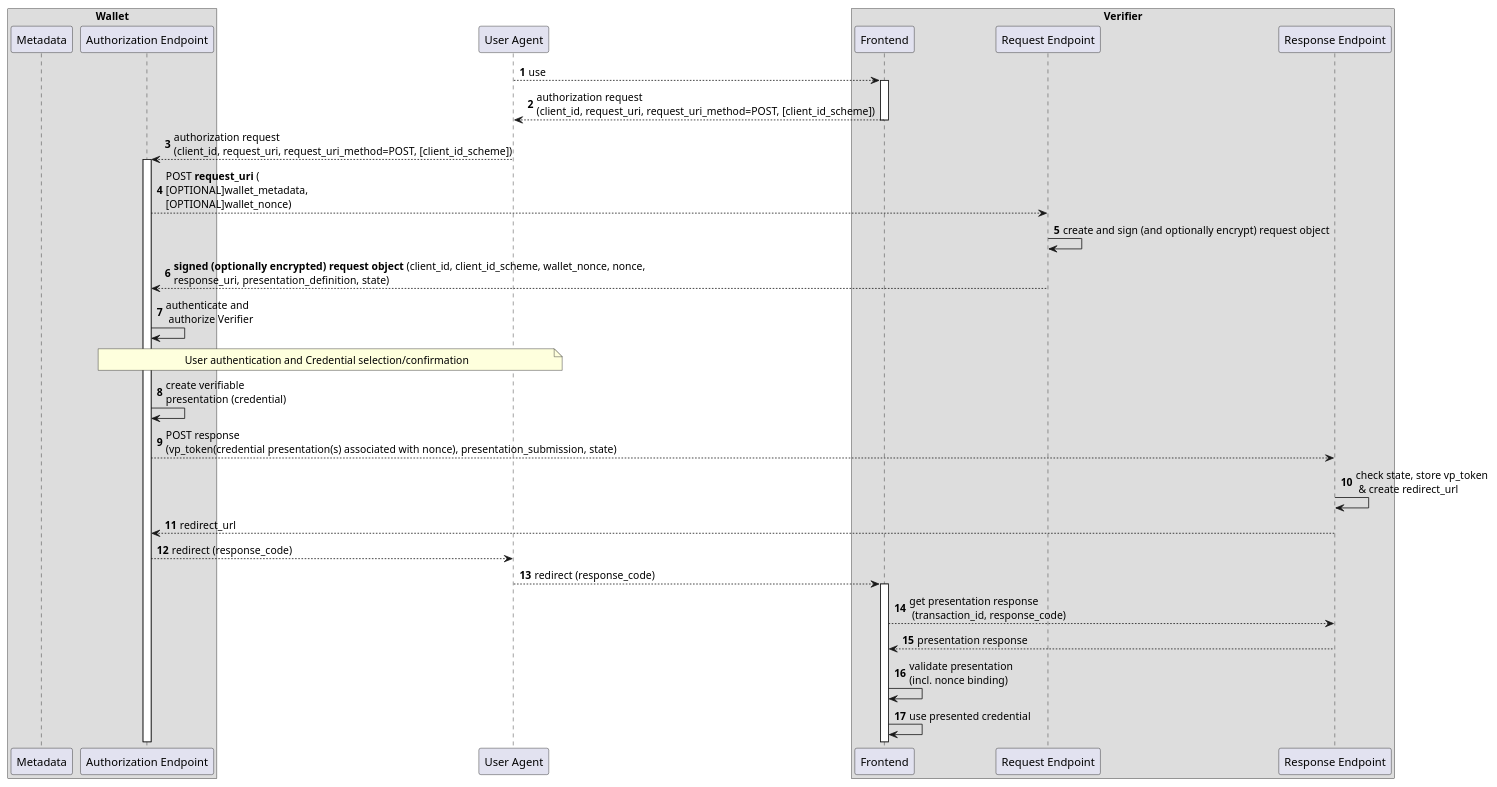
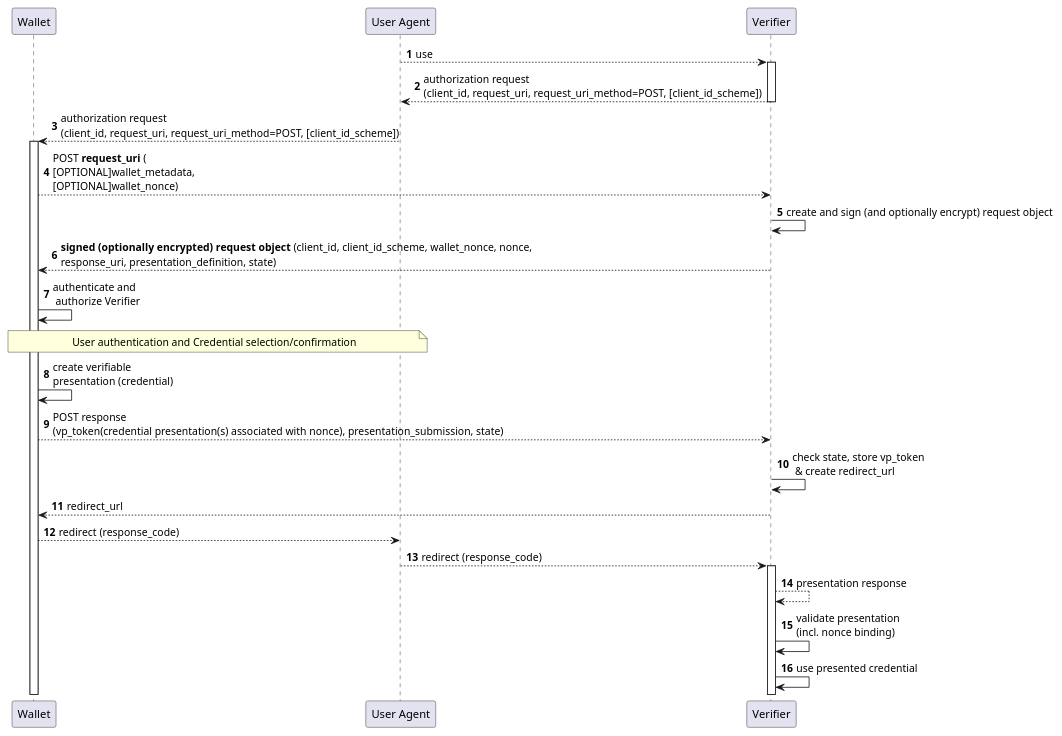
Before and after one commit to openid/OpenID4VP: the diagram in diagrams/request_uri_mode_post.md, drawn with PlantUML.

Commit message:
simplified diagram

````diff
--- a/diagrams/request_uri_mode_post.md
+++ b/diagrams/request_uri_mode_post.md
@@ -1,45 +1,37 @@
 ```plantuml
 @startuml
 
 autonumber
 
-box "Wallet"
-participant "Metadata" as wm
-participant "Authorization Endpoint" as w
-end box
+participant "Wallet" as w
 
 participant "User Agent" as u
 
-box "Verifier"
-participant "Frontend" as r
-participant "Request Endpoint" as rp
-participant "Response Endpoint" as rb
-end box
+participant "Verifier" as r
 
 u --> r : use
 activate r
 
 r --> u: authorization request\n(client_id, request_uri, request_uri_method=POST, [client_id_scheme])
 deactivate r
 u --> w: authorization request\n(client_id, request_uri, request_uri_method=POST, [client_id_scheme])
 activate w
-w --> rp: POST **request_uri** (\n[OPTIONAL]wallet_metadata, \n[OPTIONAL]wallet_nonce)
-rp -> rp: create and sign (and optionally encrypt) request object 
-rp --> w: **signed (optionally encrypted) request object** (client_id, client_id_scheme, wallet_nonce, nonce, \nresponse_uri, presentation_definition, state)
+w --> r: POST **request_uri** (\n[OPTIONAL]wallet_metadata, \n[OPTIONAL]wallet_nonce)
+r -> r: create and sign (and optionally encrypt) request object 
+r --> w: **signed (optionally encrypted) request object** (client_id, client_id_scheme, wallet_nonce, nonce, \nresponse_uri, presentation_definition, state)
 w -> w: authenticate and\n authorize Verifier
 
 note over u, w: User authentication and Credential selection/confirmation
 
 w -> w: create verifiable\npresentation (credential)
-w --> rb: POST response \n(vp_token(credential presentation(s) associated with nonce), presentation_submission, state)
-rb -> rb: check state, store vp_token\n & create redirect_url
-rb --> w: redirect_url
+w --> r: POST response \n(vp_token(credential presentation(s) associated with nonce), presentation_submission, state)
+r -> r: check state, store vp_token\n & create redirect_url
+r --> w: redirect_url
 w --> u: redirect (response_code)
 u --> r: redirect (response_code)
 activate r
-r --> rb: get presentation response\n (transaction_id, response_code)
-rb --> r: presentation response
+r --> r: presentation response
 r -> r: validate presentation \n(incl. nonce binding)
 r -> r: use presented credential 
 @enduml
 ```
````
